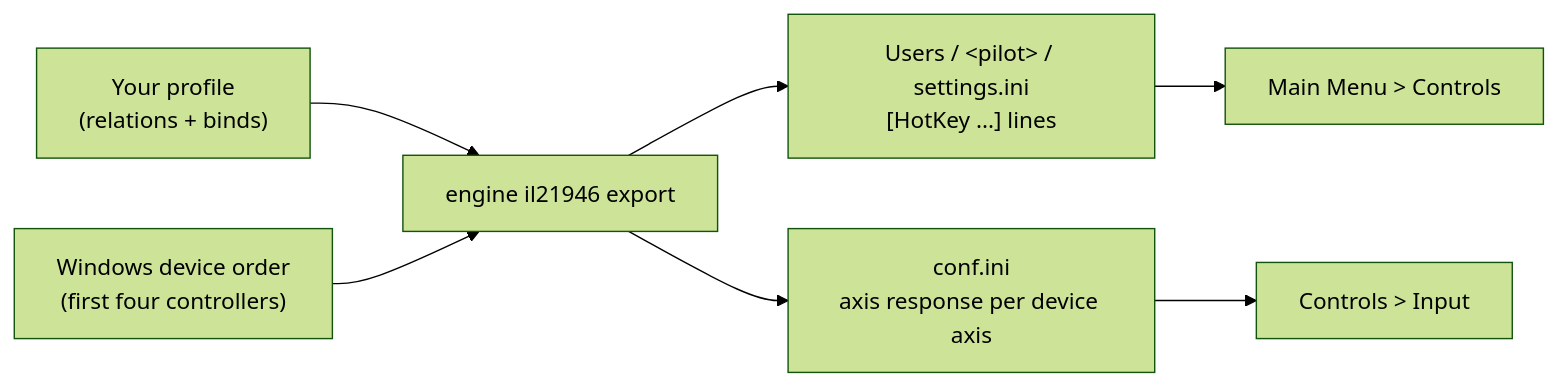
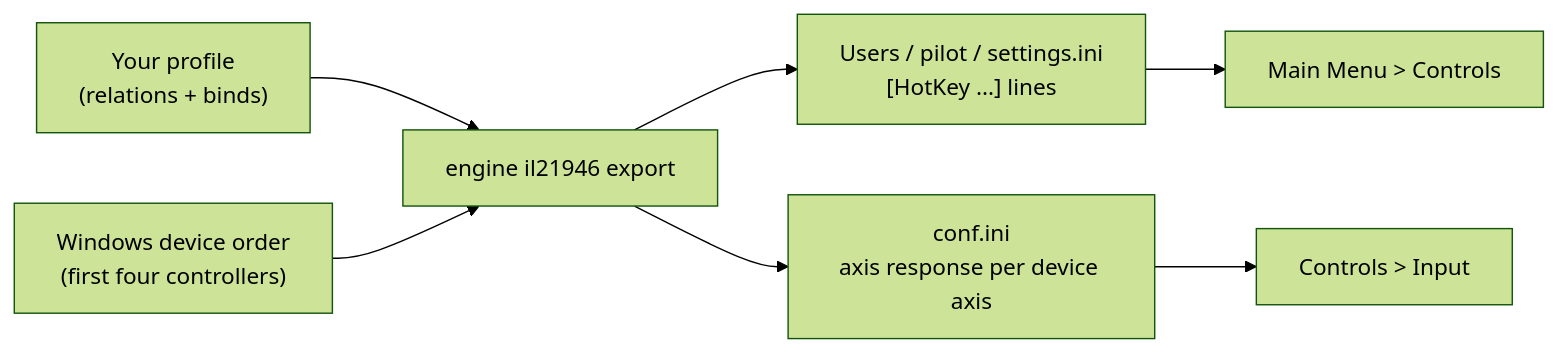
One commit to Holdi601/JoystickProfiler2 changed the diagram in website/content/games/il2-1946.md. Above: the diagram before and after it, drawn with Mermaid (forest theme). The commit also changed other lines of this file and 718 other files, not shown here.

````diff
--- a/website/content/games/il2-1946.md
+++ b/website/content/games/il2-1946.md
@@ -20,9 +143,10 @@
 ```mermaid
+%% caption: The game knows devices only by their place in Windows' order. Keep your devices in the same order.
 flowchart LR
   P["Your profile<br/>(relations + binds)"] --> E["engine il21946 export"]
   W["Windows device order<br/>(first four controllers)"] --> E
-  E --> S["Users / &lt;pilot&gt; / settings.ini<br/>[HotKey ...] lines"]
+  E --> S["Users / pilot / settings.ini<br/>[HotKey ...] lines"]
   E --> C["conf.ini<br/>axis response per device axis"]
   S --> G["Main Menu > Controls"]
   C --> I["Controls > Input"]
 ```
````
